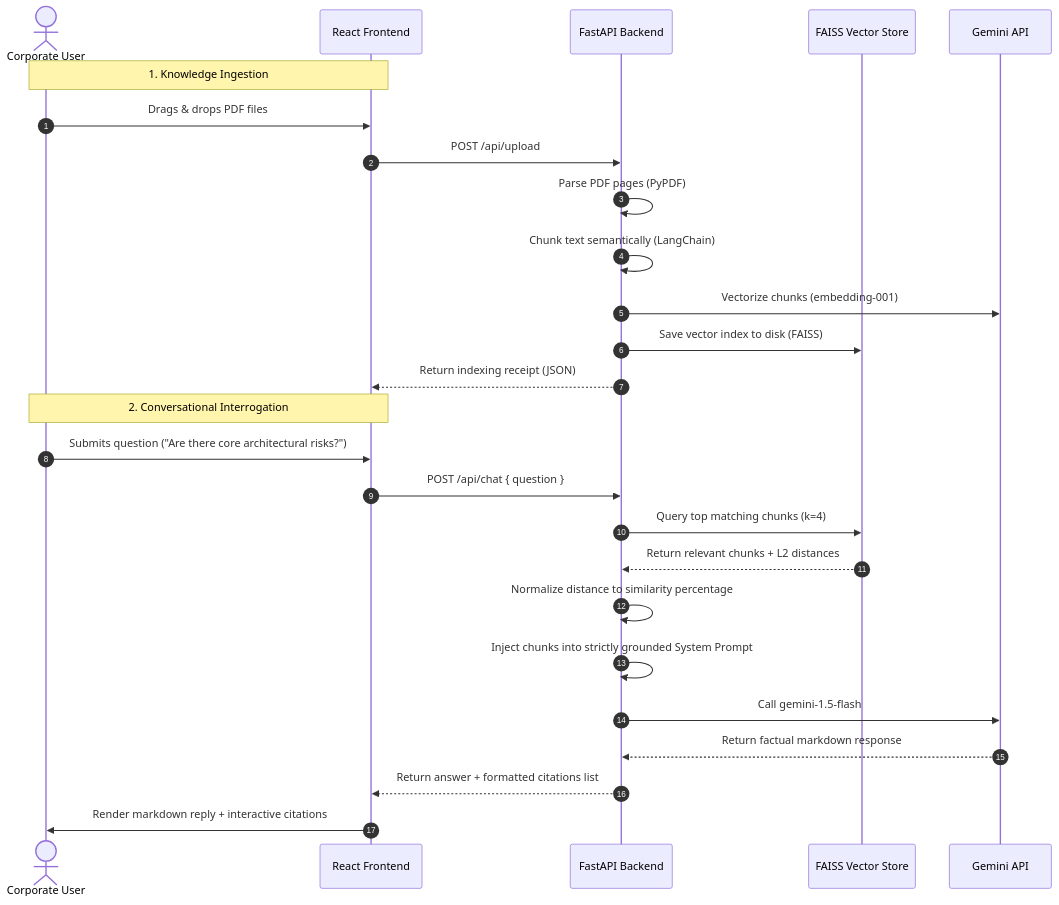
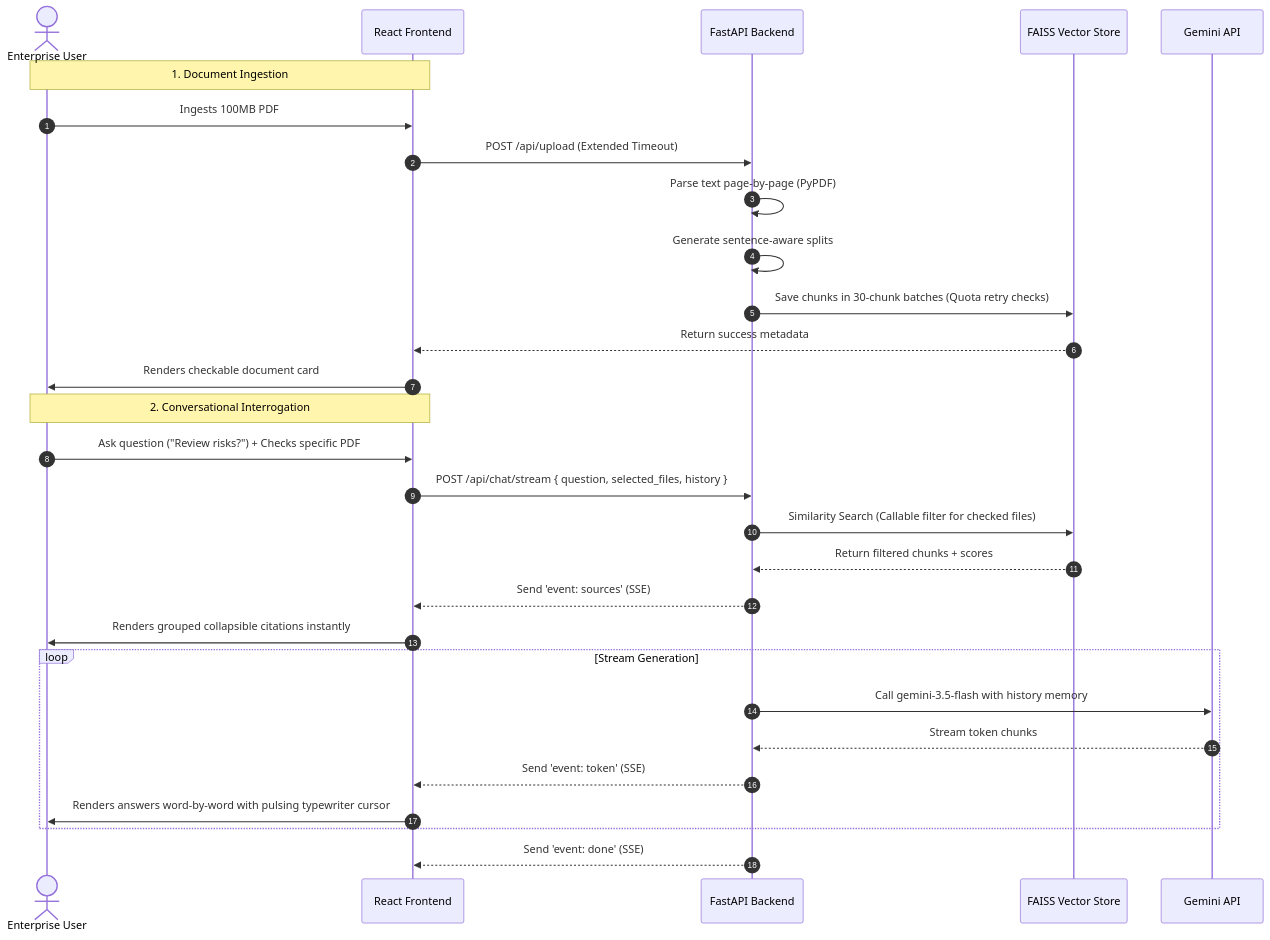
One commit to vamsi2246/Lemon-Studio-Assignment changed the diagram in README.md. Above: the diagram before and after it, drawn with Mermaid. The commit also changed other lines of this file and 6 other files, not shown here.

````diff
--- a/README.md
+++ b/README.md
@@ -88,30 +90,34 @@
 ```mermaid
 sequenceDiagram
     autonumber
-    actor User as Corporate User
+    actor User as Enterprise User
     participant FE as React Frontend
     participant BE as FastAPI Backend
     participant VS as FAISS Vector Store
     participant AI as Gemini API
 
-    Note over User,FE: 1. Knowledge Ingestion
-    User->>FE: Drags & drops PDF files
-    FE->>BE: POST /api/upload
-    BE->>BE: Parse PDF pages (PyPDF)
-    BE->>BE: Chunk text semantically (LangChain)
-    BE->>AI: Vectorize chunks (embedding-001)
-    BE->>VS: Save vector index to disk (FAISS)
-    BE-->>FE: Return indexing receipt (JSON)
+    Note over User,FE: 1. Document Ingestion
+    User->>FE: Ingests 100MB PDF
+    FE->>BE: POST /api/upload (Extended Timeout)
+    BE->>BE: Parse text page-by-page (PyPDF)
+    BE->>BE: Generate sentence-aware splits
+    BE->>VS: Save chunks in 30-chunk batches (Quota retry checks)
+    VS-->>FE: Return success metadata
+    FE->>User: Renders checkable document card
 
     Note over User,FE: 2. Conversational Interrogation
-    User->>FE: Submits question ("Are there core architectural risks?")
-    FE->>BE: POST /api/chat { question }
-    BE->>VS: Query top matching chunks (k=4)
-    VS-->>BE: Return relevant chunks + L2 distances
-    BE->>BE: Normalize distance to similarity percentage
-    BE->>BE: Inject chunks into strictly grounded System Prompt
-    BE->>AI: Call gemini-1.5-flash
-    AI-->>BE: Return factual markdown response
-    BE-->>FE: Return answer + formatted citations list
-    FE->>User: Render markdown reply + interactive citations
+    User->>FE: Ask question ("Review risks?") + Checks specific PDF
+    FE->>BE: POST /api/chat/stream { question, selected_files, history }
+    BE->>VS: Similarity Search (Callable filter for checked files)
+    VS-->>BE: Return filtered chunks + scores
+    BE-->>FE: Send 'event: sources' (SSE)
+    FE->>User: Renders grouped collapsible citations instantly
+    
+    loop Stream Generation
+        BE->>AI: Call gemini-3.5-flash with history memory
+        AI-->>BE: Stream token chunks
+        BE-->>FE: Send 'event: token' (SSE)
+        FE->>User: Renders answers word-by-word with pulsing typewriter cursor
+    end
+    BE-->>FE: Send 'event: done' (SSE)
 ```
````
